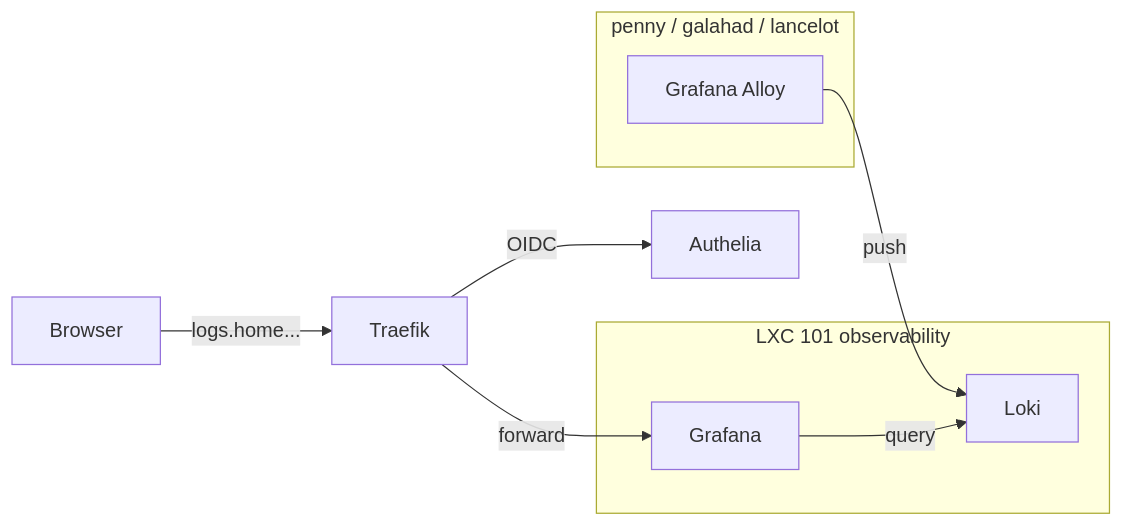
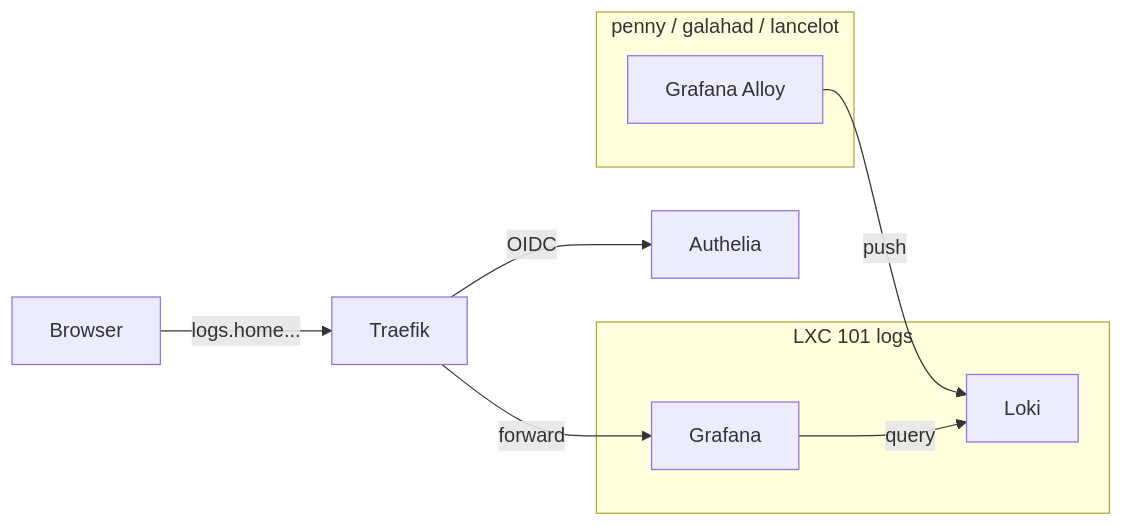
The diagram in docs/services/grafana.md (GabinSMD/homelab-doc), drawn with Mermaid before and after one commit. The commit also changed other lines of this file and 8 other files, not shown here.

First line of the commit message:
rename LXC observability -> logs, guardian -> dns-failover

````diff
--- a/docs/services/grafana.md
+++ b/docs/services/grafana.md
@@ -48,17 +48,17 @@
 ```mermaid
 graph LR
     subgraph "penny / galahad / lancelot"
         Alloy[Grafana Alloy]
     end
 
-    subgraph "LXC 101 observability"
+    subgraph "LXC 101 logs"
         Loki
         Grafana
     end
 
     Alloy -->|push| Loki
     Grafana -->|query| Loki
     Browser -->|logs.home...| Traefik
     Traefik -->|OIDC| Authelia
     Traefik -->|forward| Grafana
 ```
````
